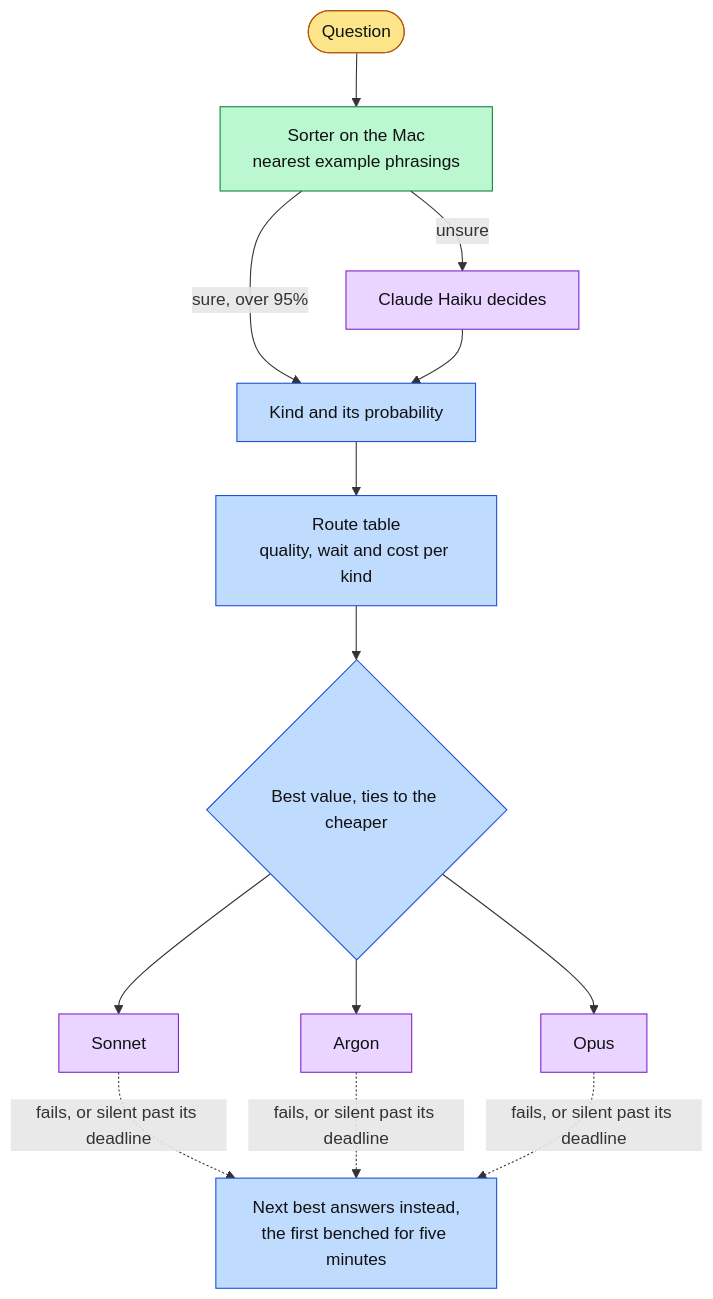
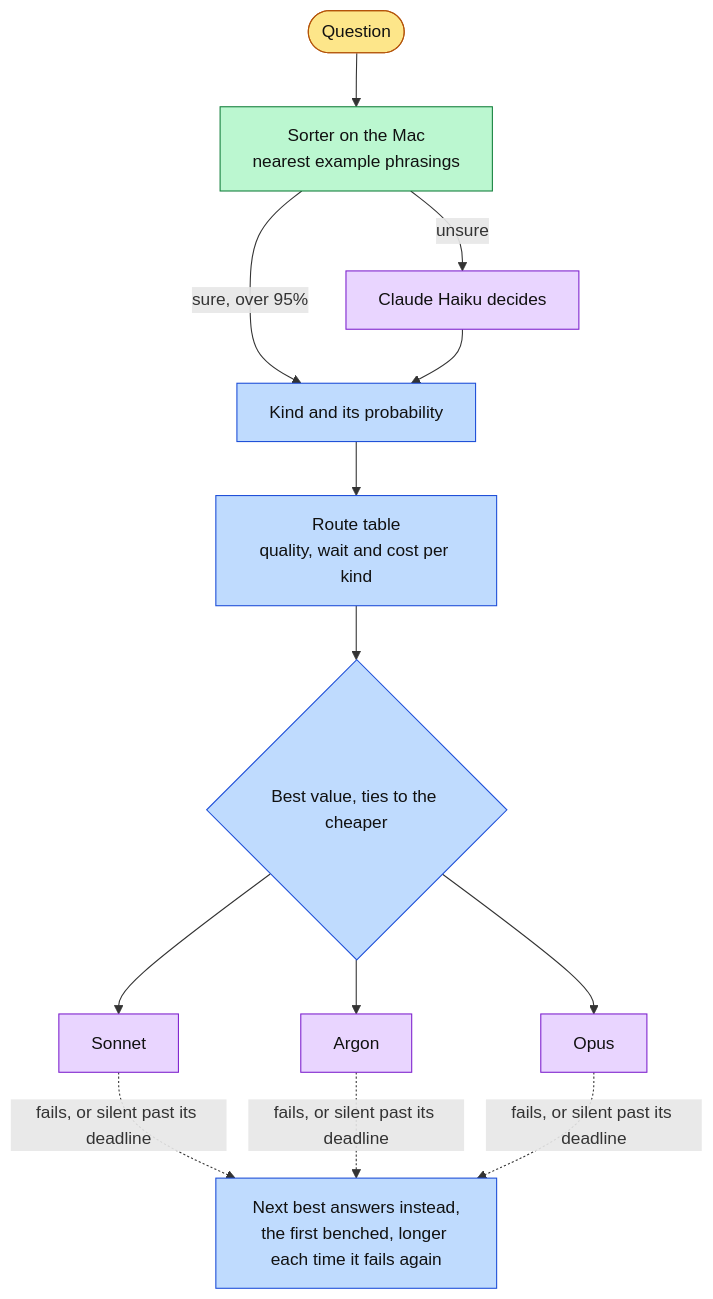
The second of 5 diagrams in docs/how-it-works.md (projects-hacks/buddy), drawn with Mermaid before and after one commit. The commit also changed other lines of this file and 3 other files, not shown here.

````diff
--- a/docs/how-it-works.md
+++ b/docs/how-it-works.md
@@ -57,20 +57,20 @@
 ```mermaid
 flowchart TD
     question([Question]):::input --> local[Sorter on the Mac<br/>nearest example phrasings]:::device
     local -->|sure, over 95%| kind[Kind and its probability]:::logic
     local -->|unsure| haiku[Claude Haiku decides]:::cloud
     haiku --> kind
     kind --> table[Route table<br/>quality, wait and cost per kind]:::logic
     table --> pick{Best value, ties to the cheaper}:::logic
     pick --> sonnet[Sonnet]:::cloud
     pick --> argon[Argon]:::cloud
     pick --> opus[Opus]:::cloud
-    sonnet -. fails, or silent past its deadline .-> next[Next best answers instead,<br/>the first benched for five minutes]:::logic
+    sonnet -. fails, or silent past its deadline .-> next[Next best answers instead,<br/>the first benched, longer each time it fails again]:::logic
     argon -. fails, or silent past its deadline .-> next
     opus -. fails, or silent past its deadline .-> next
 
     classDef input fill:#fde68a,stroke:#b45309,color:#111
     classDef device fill:#bbf7d0,stroke:#15803d,color:#111
     classDef logic fill:#bfdbfe,stroke:#1d4ed8,color:#111
     classDef cloud fill:#e9d5ff,stroke:#7e22ce,color:#111
 ```
````
